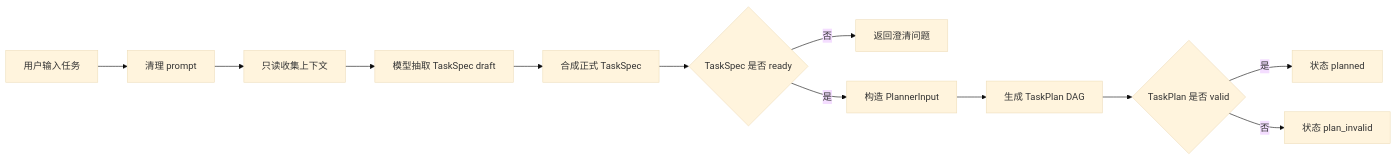
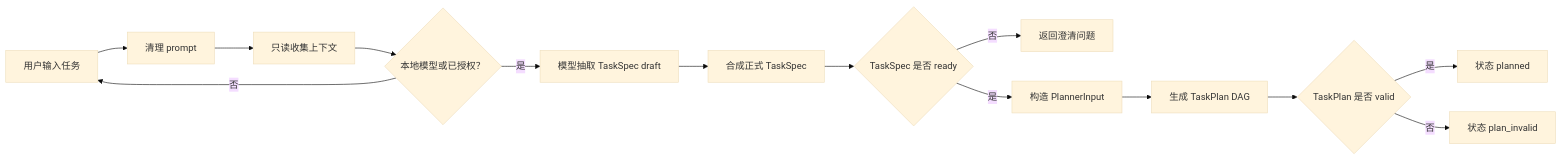
The third of 4 diagrams in docs/nplan_process_task_obsidian.md (xqct0001/nplan), drawn with Mermaid (base theme) before and after one commit. The commit also changed other lines of this file and 9 other files, not shown here.

````diff
--- a/docs/nplan_process_task_obsidian.md
+++ b/docs/nplan_process_task_obsidian.md
@@ -111,27 +114,30 @@
 ```mermaid
 flowchart LR
   Input["用户输入任务"]
   Clean["清理 prompt"]
   Collect["只读收集上下文"]
+  ConsentGate{"本地模型或已授权？"}
   ModelDraft["模型抽取 TaskSpec draft"]
   Compose["合成正式 TaskSpec"]
   ValidateSpec{"TaskSpec 是否 ready"}
   Clarify["返回澄清问题"]
   BuildInput["构造 PlannerInput"]
   BuildPlan["生成 TaskPlan DAG"]
   ValidatePlan{"TaskPlan 是否 valid"}
   Planned["状态 planned"]
   Invalid["状态 plan_invalid"]
 
   Input --> Clean
   Clean --> Collect
-  Collect --> ModelDraft
+  Collect --> ConsentGate
+  ConsentGate -->|"是"| ModelDraft
+  ConsentGate -->|"否"| Input
   ModelDraft --> Compose
   Compose --> ValidateSpec
   ValidateSpec -->|"否"| Clarify
   ValidateSpec -->|"是"| BuildInput
   BuildInput --> BuildPlan
   BuildPlan --> ValidatePlan
   ValidatePlan -->|"是"| Planned
   ValidatePlan -->|"否"| Invalid
 ```
````
